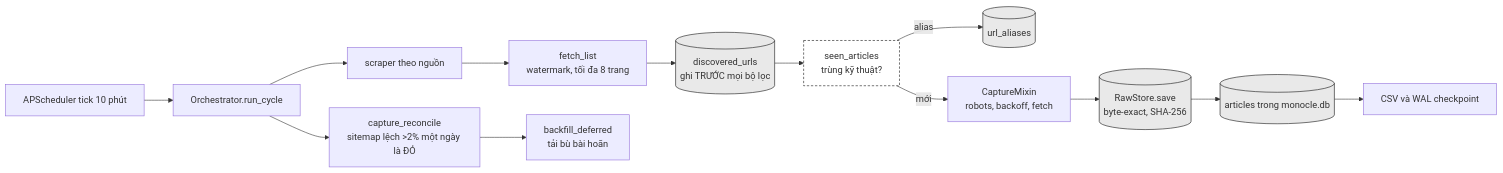
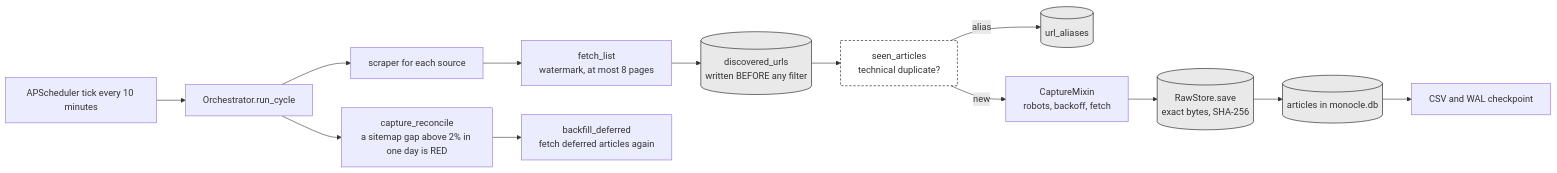
One commit to Tuanan172-py/fts-news-scape changed the diagram in project/docs/diagrams/11-l1-capture.mmd. Above: the diagram before and after it, drawn with Mermaid. The commit also changed 33 other files, not shown here.

Commit message:
feat: standardize offline workflow diagrams to English, add skills council proposal and wave automation scripts (US-048)

```diff
--- a/project/docs/diagrams/11-l1-capture.mmd
+++ b/project/docs/diagrams/11-l1-capture.mmd
@@ -1,18 +1,18 @@
-%% title: L1 Thu thập trọn vẹn (Bronze)
-%% desc: Một chu kỳ capture từ trang danh mục tới Bronze và bài trong DB.
+%% title: L1 Complete capture (Bronze)
+%% desc: One capture cycle, from the category page to Bronze and the article row in the database.
 flowchart LR
-  T["APScheduler tick 10 phút"] --> RC["Orchestrator.run_cycle"] --> SC["scraper theo nguồn"]
-  SC --> PG["fetch_list<br/>watermark, tối đa 8 trang"]
-  PG --> LD[("discovered_urls<br/>ghi TRƯỚC mọi bộ lọc")]
-  LD --> EX["seen_articles<br/>trùng kỹ thuật?"]
+  T["APScheduler tick every 10 minutes"] --> RC["Orchestrator.run_cycle"] --> SC["scraper for each source"]
+  SC --> PG["fetch_list<br/>watermark, at most 8 pages"]
+  PG --> LD[("discovered_urls<br/>written BEFORE any filter")]
+  LD --> EX["seen_articles<br/>technical duplicate?"]
   EX -->|"alias"| AL[("url_aliases")]
-  EX -->|"mới"| CAP["CaptureMixin<br/>robots, backoff, fetch"]
-  CAP --> RS[("RawStore.save<br/>byte-exact, SHA-256")]
-  RS --> ART[("articles trong monocle.db")]
-  ART --> CSV["CSV và WAL checkpoint"]
-  RC --> RE["capture_reconcile<br/>sitemap lệch >2% một ngày là ĐỎ"]
-  RE --> BF["backfill_deferred<br/>tải bù bài hoãn"]
+  EX -->|"new"| CAP["CaptureMixin<br/>robots, backoff, fetch"]
+  CAP --> RS[("RawStore.save<br/>exact bytes, SHA-256")]
+  RS --> ART[("articles in monocle.db")]
+  ART --> CSV["CSV and WAL checkpoint"]
+  RC --> RE["capture_reconcile<br/>a sitemap gap above 2% in one day is RED"]
+  RE --> BF["backfill_deferred<br/>fetch deferred articles again"]
   classDef store fill:#e9e9e9,stroke:#111111
   class LD,AL,RS,ART store
   classDef gate fill:#ffffff,stroke:#111111,stroke-dasharray:4 3
   class EX gate
```
